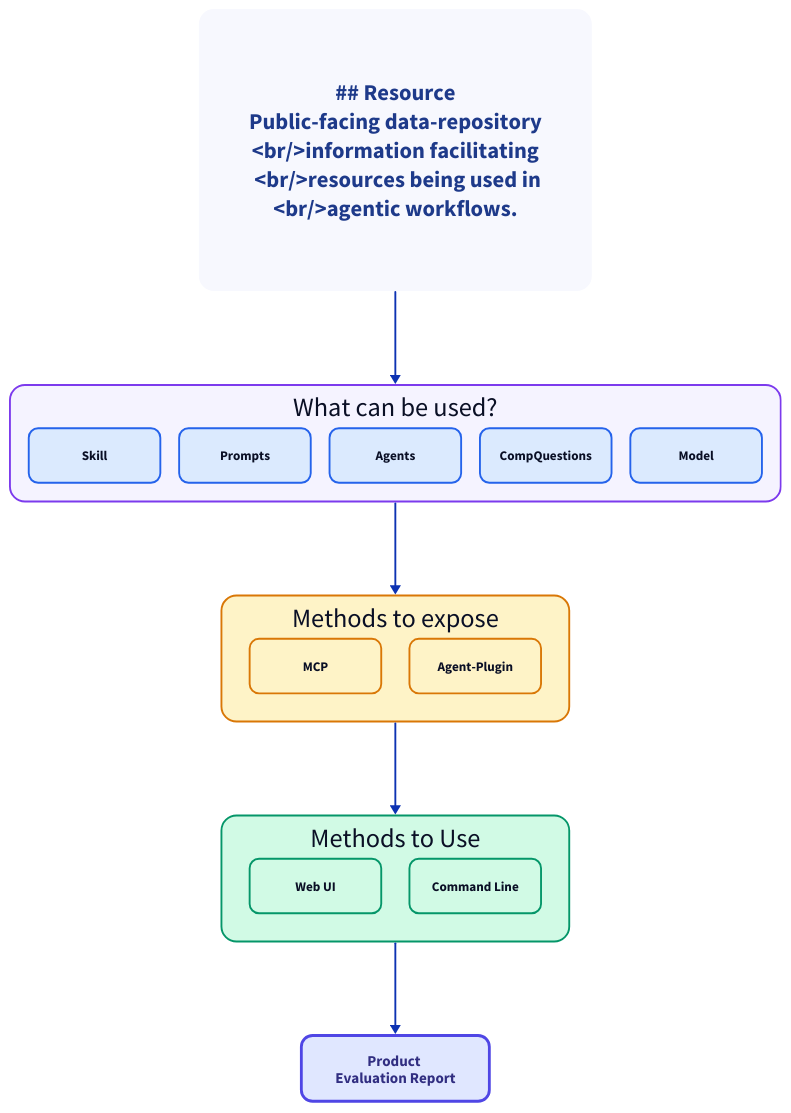
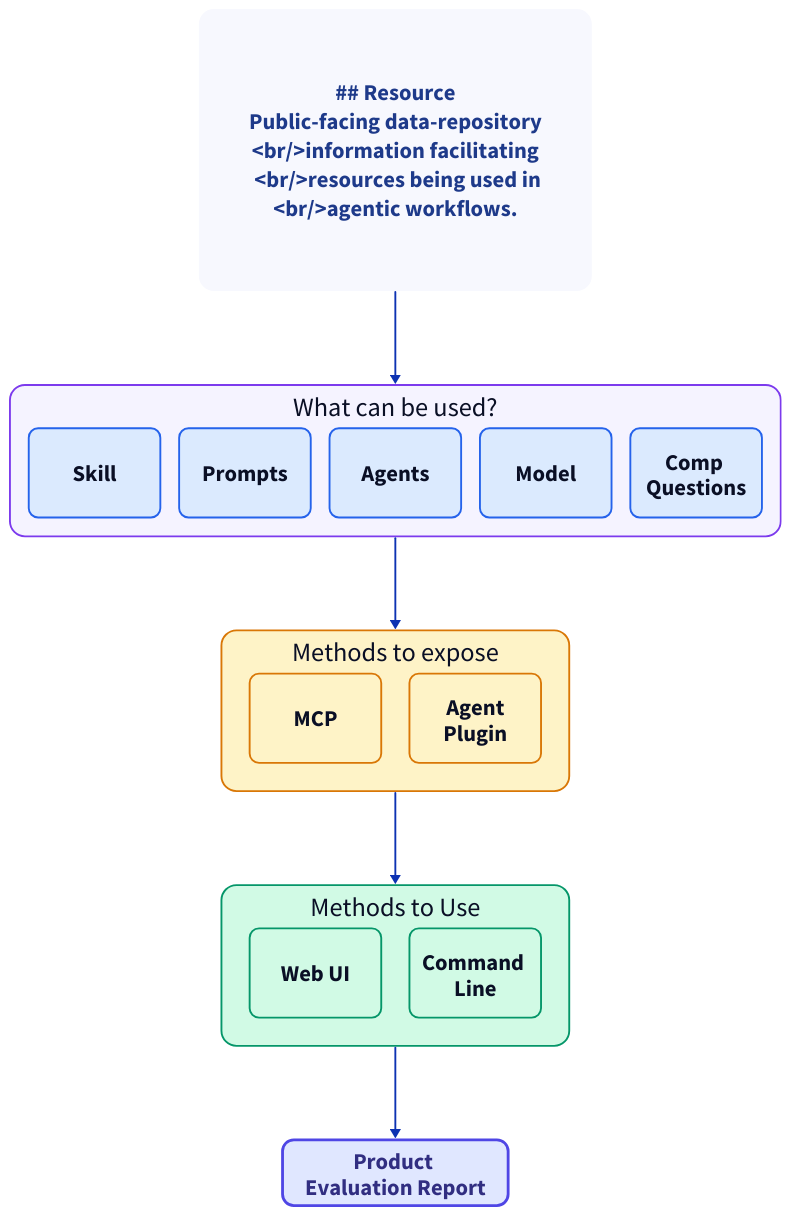
Before and after one commit to go-fair-us/ai-blueprint-core: the diagram in docs/Webinar_Nov_2026/diagrams/liaisonOne.d2, drawn with D2.

Commit message:
Improve webinar liaison diagram readability

```diff
--- a/docs/Webinar_Nov_2026/diagrams/liaisonOne.d2
+++ b/docs/Webinar_Nov_2026/diagrams/liaisonOne.d2
@@ -1,160 +1,162 @@
 direction: down
 
 classes: {
   box: {
     width: 140
     style: {
       fill: "#DBEAFE"
       stroke: "#2563EB"
       border-radius: 10
       font-size: 14
     }
   }
 }
 
 resource:  |md
   ## Resource
   Public-facing data-repository
   <br/>information facilitating
    <br/>resources being used in
   <br/>agentic workflows.
 | {
   shape: rectangle
   style: {
     #fill: "#E0F2FE"
     #stroke: "#7C3AED"
     stroke-width: 0
     border-radius: 16
     font-color: "#1E3A8A"
     font-size: 24
   }
   width: 350
   height: 300
 }
 
 group1: {
   label: "What can be used?"
   style: {
     fill: "#F5F3FF"
     stroke: "#7C3AED"
     stroke-width: 2
     border-radius: 16
   }
   grid-columns: 5
   grid-gap: 20
 
   skill: Skill {
     style.fill: "#DBEAFE"
     style.stroke: "#2563EB"
     style.border-radius: 10
-    style.font-size: 14
+    style.font-size: 24
+    class: box
   }
   prompts: Prompts {
     style.fill: "#DBEAFE"
     style.stroke: "#2563EB"
     style.border-radius: 10
-    style.font-size: 14
+    style.font-size: 24
+    class: box
   }
   agents: Agents {
     style.fill: "#DBEAFE"
     style.stroke: "#2563EB"
     style.border-radius: 10
-    style.font-size: 14
+    style.font-size: 24
+    class: box
   }
-  compquestions: CompQuestions {
-    style.fill: "#DBEAFE"
-    style.stroke: "#2563EB"
-    style.border-radius: 10
-    style.font-size: 14
-  }
+
   models: Model {
     style.fill: "#DBEAFE"
     style.stroke: "#2563EB"
     style.border-radius: 10
-    style.font-size: 14
+    style.font-size: 24
+    class: box
+  }
+    compquestions: "Comp \n Questions" {
+    style.fill: "#DBEAFE"
+    style.stroke: "#2563EB"
+    style.border-radius: 10
+    style.font-size: 24
+    class: box
   }
 
-  skill: Skill { class: box }
-  prompts: Prompts { class: box }
-  agents: Agents { class: box }
-  compquestions: CompQuestions { class: box }
-  models: Model { class: box }
+
 }
 
 group2: {
   label: "Methods to expose"
   style: {
     fill: "#FEF3C7"
     stroke: "#D97706"
     stroke-width: 2
     border-radius: 16
   }
   grid-columns: 2
   grid-gap: 30
 
   mcp: MCP {
     style.fill: "#FEF3C7"
     style.stroke: "#D97706"
     style.border-radius: 10
-    style.font-size: 14
+    style.font-size: 24
     class: box
   }
-  agentplugin: Agent-Plugin {
+  agentplugin: Agent\nPlugin {
     style.fill: "#FEF3C7"
     style.stroke: "#D97706"
     style.border-radius: 10
-    style.font-size: 14
+    style.font-size: 24
     class: box
   }
 
 
 
 }
 
 group3: {
   label: "Methods to Use"
   style: {
     fill: "#D1FAE5"
     stroke: "#059669"
     stroke-width: 2
     border-radius: 16
   }
   grid-columns: 2
   grid-gap: 30
 
   webui: Web UI {
     style.fill: "#D1FAE5"
     style.stroke: "#059669"
     style.border-radius: 10
-    style.font-size: 14
+    style.font-size: 24
         class: box
 
   }
-  harness: Command Line {
+  harness: Command \n Line {
     style.fill: "#D1FAE5"
     style.stroke: "#059669"
     style.border-radius: 10
-    style.font-size: 14
+    style.font-size: 24
         class: box
 
   }
 }
 
 actions: Product \n Evaluation Report {
   style: {
     fill: "#E0E7FF"
     stroke: "#4F46E5"
     stroke-width: 3
     border-radius: 12
-    font-size: 16
+    font-size: 24
     font-color: "#312E81"
     bold: true
   }
-  width: 200
+  width: 240
   height: 70
 }
 
 resource -> group1
 group1 -> group2
 group2 -> group3
 group3 -> actions
```
